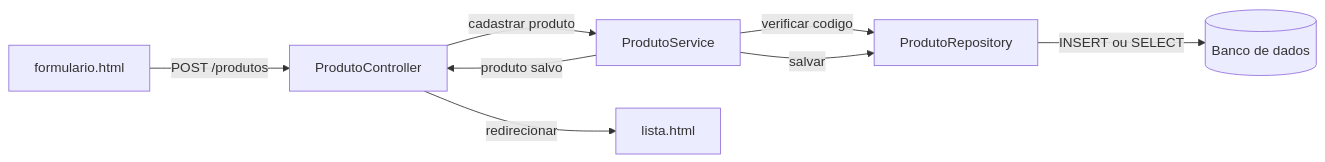
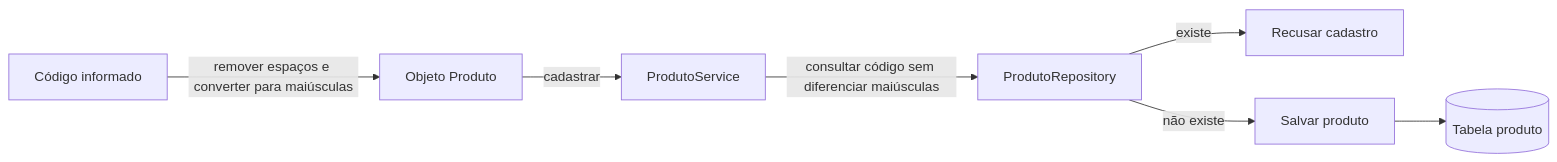
One commit to VictorBlesser/sistema-rastreabilidade changed the second of 3 diagrams in docs/requisitos/02-diagramas-produtos.md. Above: the diagram before and after it, drawn with Mermaid. The commit also changed other lines of this file and 10 other files, not shown here.

First line of the commit message:
Módulo de cadastro de produtos

````diff
--- a/docs/requisitos/02-diagramas-produtos.md
+++ b/docs/requisitos/02-diagramas-produtos.md
@@ -88,10 +104,9 @@
 ```mermaid
 flowchart LR
-    A[formulario.html] -->|POST /produtos| B[ProdutoController]
-    B -->|cadastrar produto| C[ProdutoService]
-    C -->|verificar codigo| D[ProdutoRepository]
-    C -->|salvar| D
-    D -->|INSERT ou SELECT| E[(Banco de dados)]
-    C -->|produto salvo| B
-    B -->|redirecionar| F[lista.html]
+    A[Código informado] -->|remover espaços e converter para maiúsculas| N[Objeto Produto]
+    N -->|cadastrar| B[ProdutoService]
+    B -->|consultar código sem diferenciar maiúsculas| C[ProdutoRepository]
+    C -->|existe| D[Recusar cadastro]
+    C -->|não existe| E[Salvar produto]
+    E --> F[(Tabela produto)]
 ```
````
